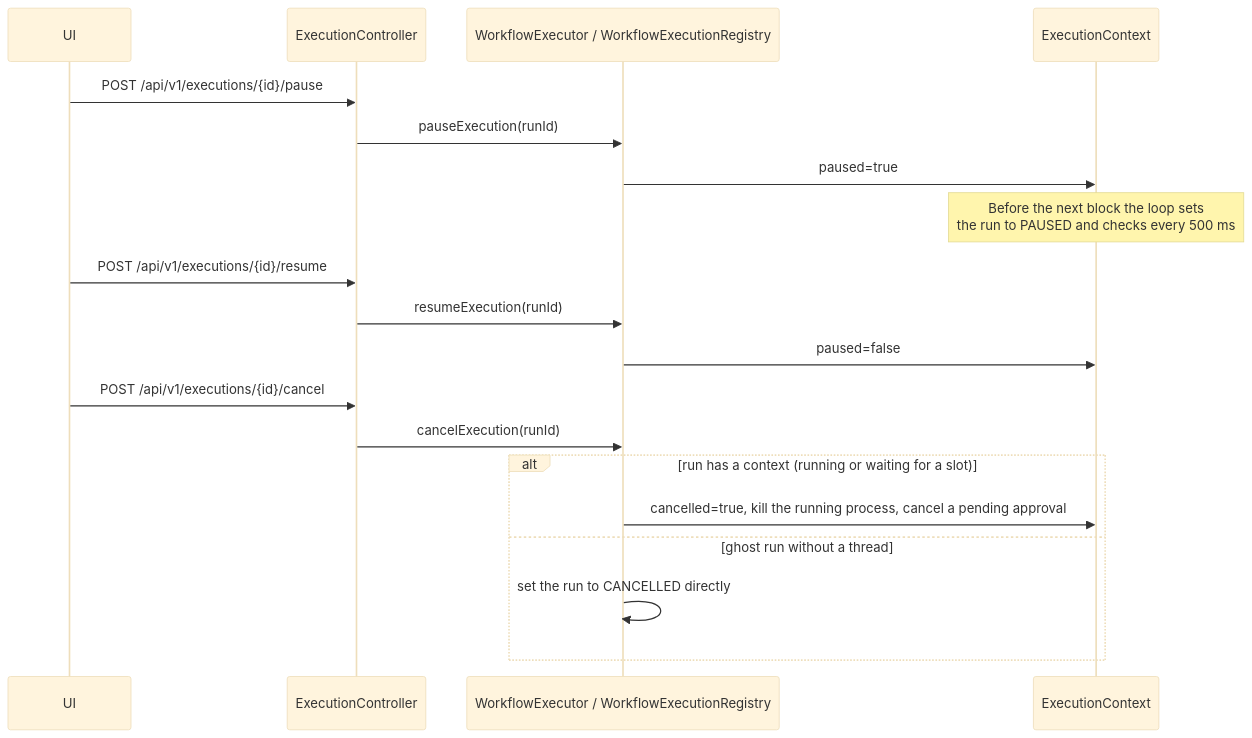
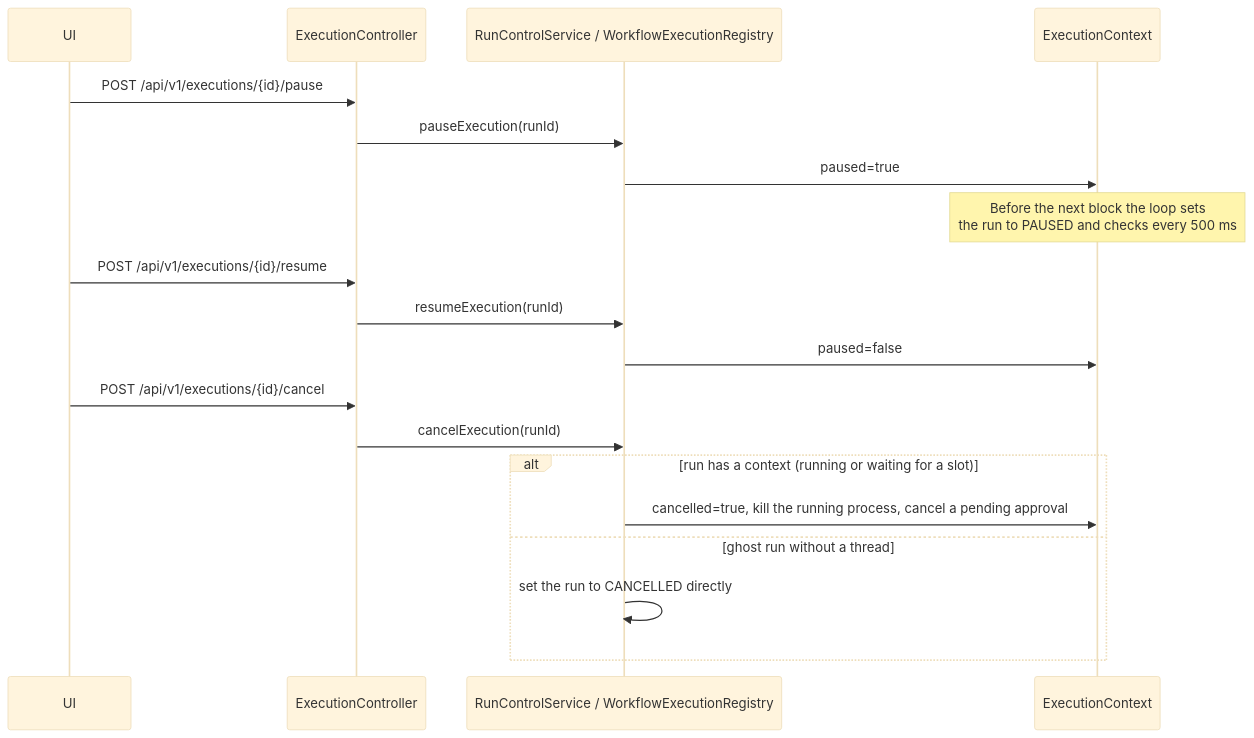
Before and after one commit to FLSEST/MySuricates: the third of 4 diagrams in docs/en/workflow-control-diagrams.md, drawn with Mermaid (base theme). The commit also changed 20 other files, not shown here.

````diff
--- a/docs/en/workflow-control-diagrams.md
+++ b/docs/en/workflow-control-diagrams.md
@@ -46,22 +46,22 @@
 ```mermaid
 sequenceDiagram
     participant UI
     participant CTRL as ExecutionController
-    participant WE as WorkflowExecutor / WorkflowExecutionRegistry
+    participant RC as RunControlService / WorkflowExecutionRegistry
     participant CTX as ExecutionContext
 
     UI->>CTRL: POST /api/v1/executions/{id}/pause
-    CTRL->>WE: pauseExecution(runId)
-    WE->>CTX: paused=true
+    CTRL->>RC: pauseExecution(runId)
+    RC->>CTX: paused=true
     Note over CTX: Before the next block the loop sets<br/>the run to PAUSED and checks every 500 ms
     UI->>CTRL: POST /api/v1/executions/{id}/resume
-    CTRL->>WE: resumeExecution(runId)
-    WE->>CTX: paused=false
+    CTRL->>RC: resumeExecution(runId)
+    RC->>CTX: paused=false
     UI->>CTRL: POST /api/v1/executions/{id}/cancel
-    CTRL->>WE: cancelExecution(runId)
+    CTRL->>RC: cancelExecution(runId)
     alt run has a context (running or waiting for a slot)
-        WE->>CTX: cancelled=true, kill the running process, cancel a pending approval
+        RC->>CTX: cancelled=true, kill the running process, cancel a pending approval
     else ghost run without a thread
-        WE->>WE: set the run to CANCELLED directly
+        RC->>RC: set the run to CANCELLED directly
     end
 ```
````
